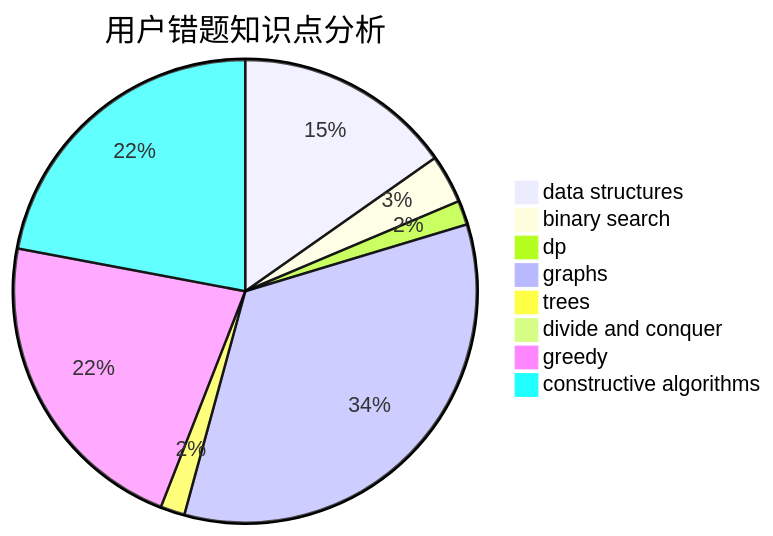
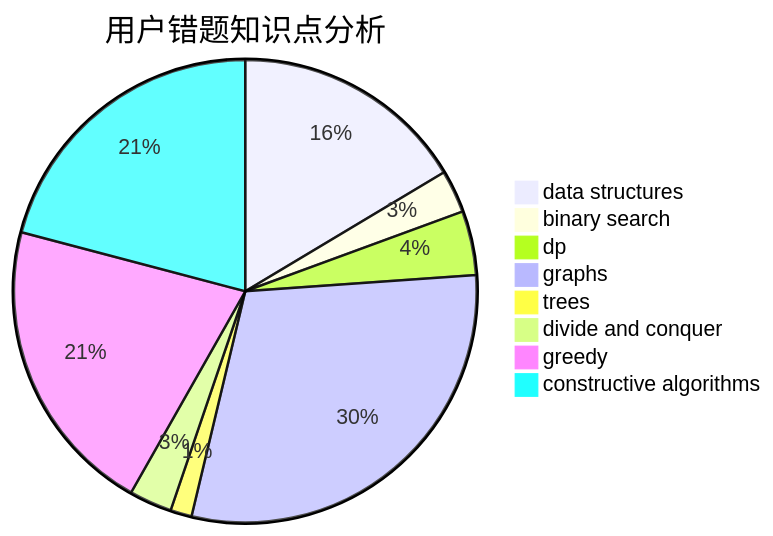
Before and after one commit to sherpahu/cfrs.github.io: the third of 3 diagrams in docs/user/u2106.md, drawn with Mermaid. The commit also changed other lines of this file and 2770 other files, not shown here.

````diff
--- a/docs/user/u2106.md
+++ b/docs/user/u2106.md
@@ -36,11 +36,11 @@
 ```mermaid
 pie title 用户错题知识点分析
-    "data structures" :  9
+    "data structures" :  11
     "binary search" :  2
-    "dp" :  1
+    "dp" :  3
     "graphs" :  20
     "trees" :  1
-    "divide and conquer" :  0
-    "greedy" :  13
-    "constructive algorithms" :  13
+    "divide and conquer" :  2
+    "greedy" :  14
+    "constructive algorithms" :  14
 ```
````
